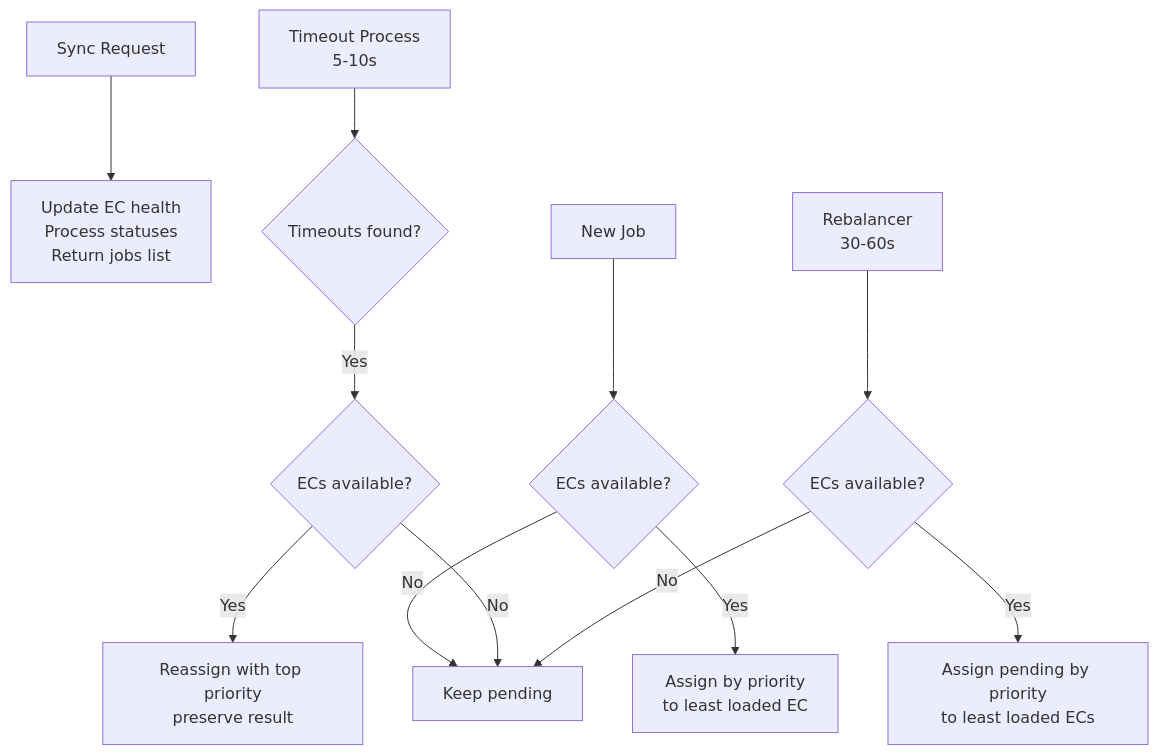
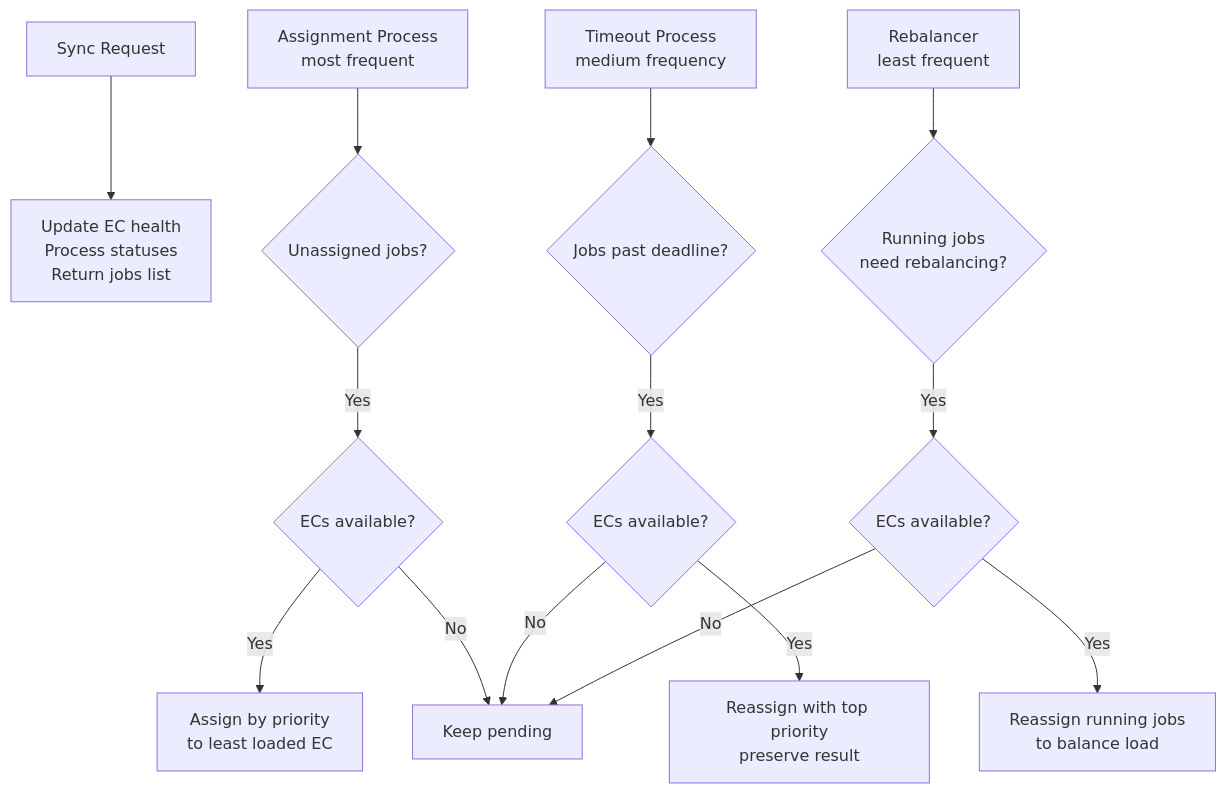
One commit to UrKr/woshichart changed the first of 2 diagrams in ES_JOB_MANAGEMENT.md. Above: the diagram before and after it, drawn with Mermaid. The commit also changed other lines of this file, not shown here.

````diff
--- a/ES_JOB_MANAGEMENT.md
+++ b/ES_JOB_MANAGEMENT.md
@@ -14,17 +14,19 @@
 ```mermaid
 flowchart TD
     A[Sync Request] --> B[Update EC health<br/>Process statuses<br/>Return jobs list]
     
-    C[New Job] --> D{ECs available?}
-    D -->|Yes| E[Assign by priority<br/>to least loaded EC]
-    D -->|No| F[Keep pending]
+    C[Assignment Process<br/>most frequent] --> D{Unassigned jobs?}
+    D -->|Yes| E{ECs available?}
+    E -->|Yes| F[Assign by priority<br/>to least loaded EC]
+    E -->|No| G[Keep pending]
     
-    G[Timeout Process<br/>5-10s] --> H{Timeouts found?}
-    H -->|Yes| I{ECs available?}
-    I -->|Yes| J[Reassign with top priority<br/>preserve result]
-    I -->|No| F
+    H[Timeout Process<br/>medium frequency] --> I{Jobs past deadline?}
+    I -->|Yes| J{ECs available?}
+    J -->|Yes| K[Reassign with top priority<br/>preserve result]
+    J -->|No| G
     
-    K[Rebalancer<br/>30-60s] --> L{ECs available?}
-    L -->|Yes| M[Assign pending by priority<br/>to least loaded ECs]
-    L -->|No| F
+    L[Rebalancer<br/>least frequent] --> M{Running jobs<br/>need rebalancing?}
+    M -->|Yes| N{ECs available?}
+    N -->|Yes| O[Reassign running jobs<br/>to balance load]
+    N -->|No| G
 ```
````
